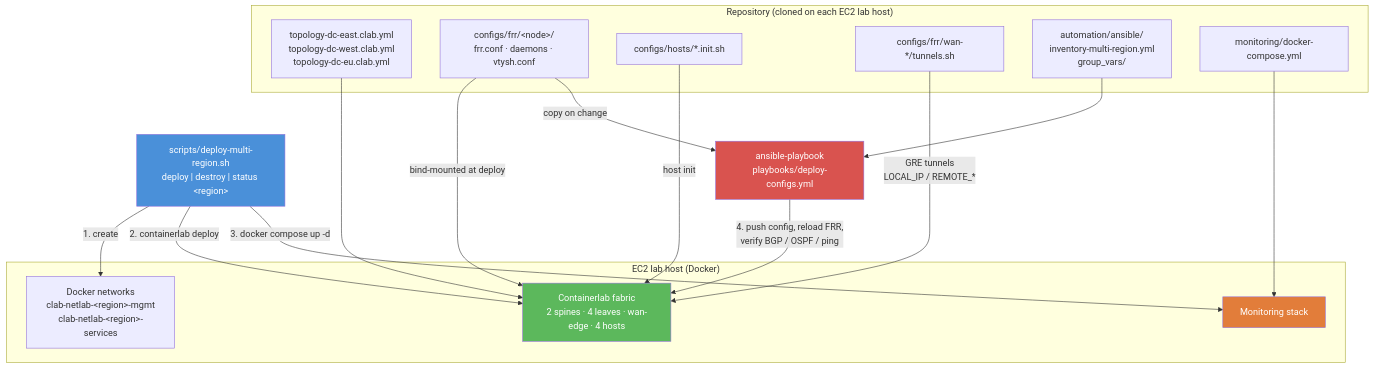
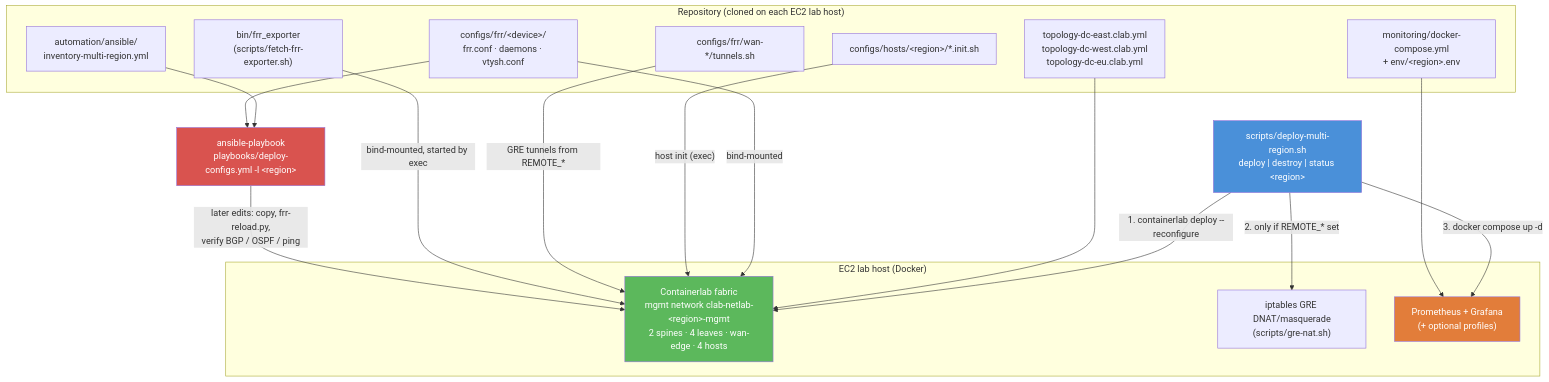
Before and after one commit to macrohard1970/ResilientCloud: the first of 4 diagrams in docs/diagrams/automation-workflow.md, drawn with Mermaid. The commit also changed other lines of this file and 12 other files, not shown here.

First line of the commit message:
docs: align all docs and diagrams with the fixed lab; add CHANGELOG

````diff
--- a/docs/diagrams/automation-workflow.md
+++ b/docs/diagrams/automation-workflow.md
@@ -7,38 +7,40 @@
 ```mermaid
 flowchart TB
     subgraph REPO["Repository (cloned on each EC2 lab host)"]
         TOPO["topology-dc-east.clab.yml<br/>topology-dc-west.clab.yml<br/>topology-dc-eu.clab.yml"]
-        FRR["configs/frr/&lt;node&gt;/<br/>frr.conf · daemons · vtysh.conf"]
-        HOSTS["configs/hosts/*.init.sh"]
+        FRR["configs/frr/&lt;device&gt;/<br/>frr.conf · daemons · vtysh.conf"]
+        HOSTS["configs/hosts/&lt;region&gt;/*.init.sh"]
         TUN["configs/frr/wan-*/tunnels.sh"]
-        INV["automation/ansible/<br/>inventory-multi-region.yml<br/>group_vars/"]
-        MON["monitoring/docker-compose.yml"]
+        BIN["bin/frr_exporter<br/>(scripts/fetch-frr-exporter.sh)"]
+        INV["automation/ansible/<br/>inventory-multi-region.yml"]
+        MON["monitoring/docker-compose.yml<br/>+ env/&lt;region&gt;.env"]
     end
 
     SCRIPT["scripts/deploy-multi-region.sh<br/>deploy | destroy | status &lt;region&gt;"]
 
     subgraph RUNTIME["EC2 lab host (Docker)"]
-        NETS["Docker networks<br/>clab-netlab-&lt;region&gt;-mgmt<br/>clab-netlab-&lt;region&gt;-services"]
-        CLAB["Containerlab fabric<br/>2 spines · 4 leaves · wan-edge · 4 hosts"]
-        STACK["Monitoring stack"]
+        CLAB["Containerlab fabric<br/>mgmt network clab-netlab-&lt;region&gt;-mgmt<br/>2 spines · 4 leaves · wan-edge · 4 hosts"]
+        NAT["iptables GRE DNAT/masquerade<br/>(scripts/gre-nat.sh)"]
+        STACK["Prometheus + Grafana<br/>(+ optional profiles)"]
     end
 
-    ANS["ansible-playbook<br/>playbooks/deploy-configs.yml"]
+    ANS["ansible-playbook<br/>playbooks/deploy-configs.yml -l &lt;region&gt;"]
 
-    SCRIPT -->|"1. create"| NETS
-    SCRIPT -->|"2. containerlab deploy"| CLAB
+    SCRIPT -->|"1. containerlab deploy --reconfigure"| CLAB
     TOPO --> CLAB
-    FRR -->|"bind-mounted at deploy"| CLAB
-    HOSTS -->|"host init"| CLAB
-    TUN -->|"GRE tunnels<br/>LOCAL_IP / REMOTE_*"| CLAB
+    FRR -->|"bind-mounted"| CLAB
+    HOSTS -->|"host init (exec)"| CLAB
+    TUN -->|"GRE tunnels from REMOTE_*"| CLAB
+    BIN -->|"bind-mounted, started by exec"| CLAB
+    SCRIPT -->|"2. only if REMOTE_* set"| NAT
     SCRIPT -->|"3. docker compose up -d"| STACK
     MON --> STACK
     INV --> ANS
-    FRR -->|"copy on change"| ANS
-    ANS -->|"4. push config, reload FRR,<br/>verify BGP / OSPF / ping"| CLAB
+    FRR --> ANS
+    ANS -->|"later edits: copy, frr-reload.py,<br/>verify BGP / OSPF / ping"| CLAB
 
     style SCRIPT fill:#4a90d9,color:#fff
     style ANS fill:#d9534f,color:#fff
     style CLAB fill:#5cb85c,color:#fff
     style STACK fill:#e27d3a,color:#fff
 ```
````
